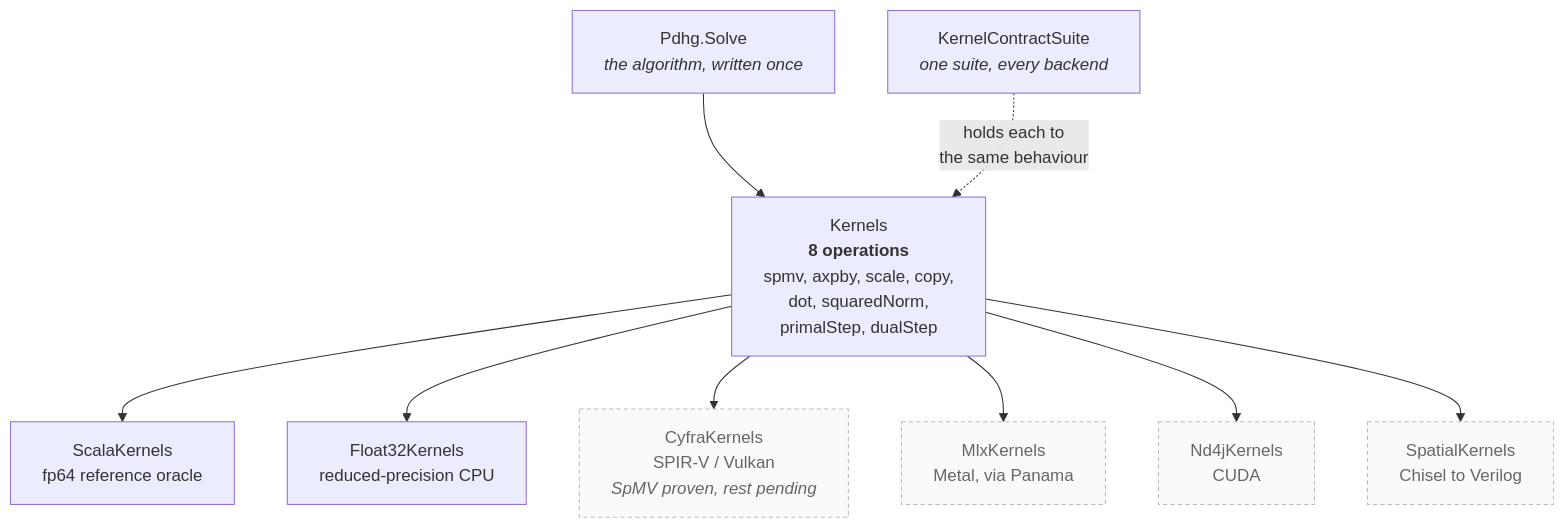
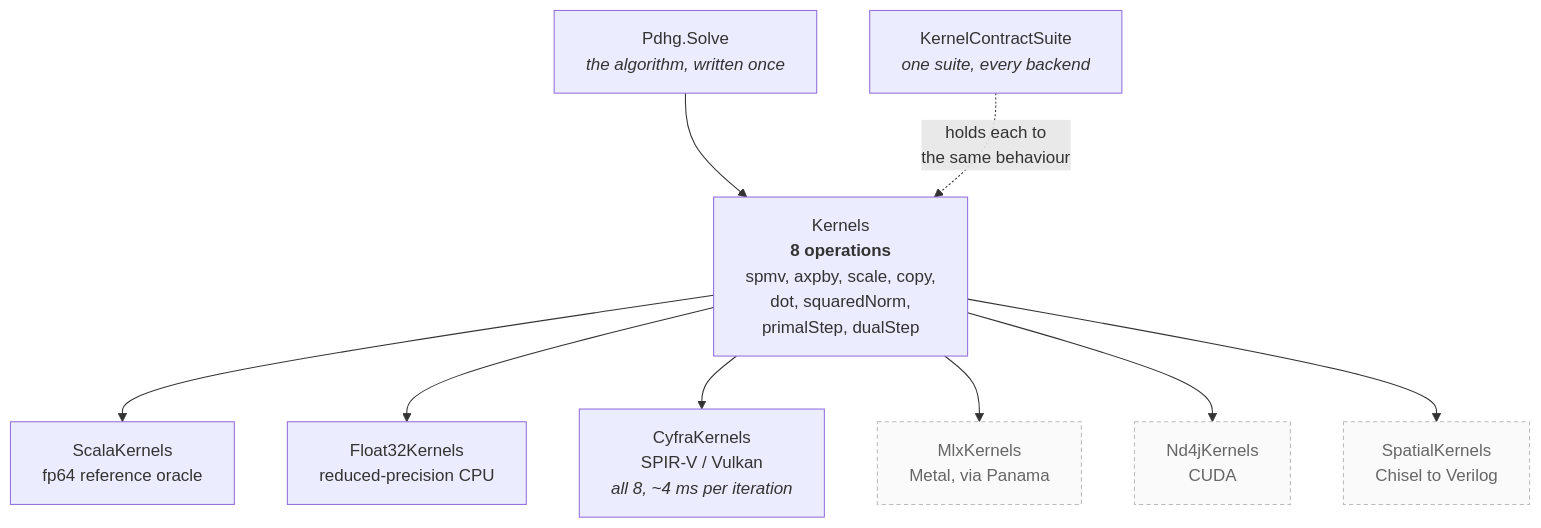
The fourth of 6 diagrams in ARCHITECTURE.md (oluies/noaidi), drawn with Mermaid before and after one commit. The commit also changed other lines of this file and 33 other files, not shown here.

````diff
--- a/ARCHITECTURE.md
+++ b/ARCHITECTURE.md
@@ -208,25 +238,25 @@
 ```mermaid
 graph TD
     loop["Pdhg.Solve<br/><i>the algorithm, written once</i>"]
     iface["Kernels<br/><b>8 operations</b><br/>spmv, axpby, scale, copy,<br/>dot, squaredNorm,<br/>primalStep, dualStep"]
 
     ref["ScalaKernels<br/>fp64 reference oracle"]
     f32["Float32Kernels<br/>reduced-precision CPU"]
-    cyfra["CyfraKernels<br/>SPIR-V / Vulkan<br/><i>SpMV proven, rest pending</i>"]:::todo
+    cyfra["CyfraKernels<br/>SPIR-V / Vulkan<br/><i>all 8, ~4 ms per iteration</i>"]
     mlx["MlxKernels<br/>Metal, via Panama"]:::todo
     cuda["Nd4jKernels<br/>CUDA"]:::todo
     spatial["SpatialKernels<br/>Chisel to Verilog"]:::todo
 
     contract["KernelContractSuite<br/><i>one suite, every backend</i>"]
 
     loop --> iface
     iface --> ref
     iface --> f32
     iface --> cyfra
     iface --> mlx
     iface --> cuda
     iface --> spatial
     contract -.->|"holds each to<br/>the same behaviour"| iface
 
     classDef todo fill:#fafafa,stroke:#bbb,stroke-dasharray:4 3,color:#666;
 ```
````
